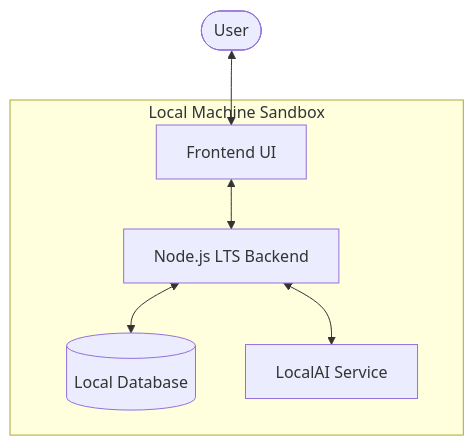
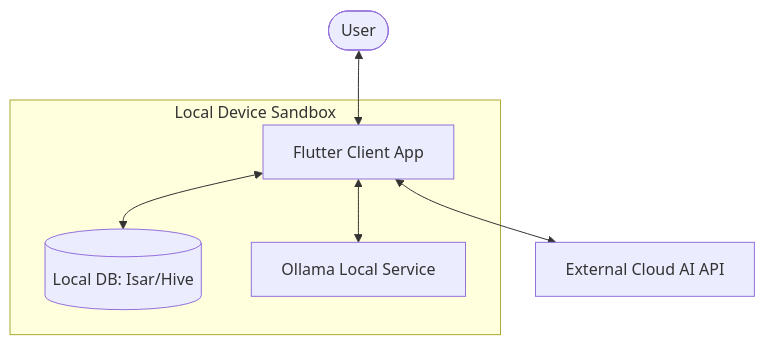
One commit to Ram-Gold/kaiwa changed the diagram in README.md. Above: the diagram before and after it, drawn with Mermaid. The commit also changed other lines of this file and 1 other file, not shown here.

Commit message:
refactor: migrate stack to Flutter and Ollama while adding support for external cloud AI APIs

````diff
--- a/README.md
+++ b/README.md
@@ -21,13 +23,12 @@
 ```mermaid
 graph TD
-    User([User]) <--> Frontend[Frontend UI]
-    Frontend <--> Backend[Node.js LTS Backend]
-    Backend <--> DB[(Local Database)]
-    Backend <--> LocalAI[LocalAI Service]
-    subgraph local_machine [Local Machine Sandbox]
-        Frontend
-        Backend
-        DB
-        LocalAI
+    User([User]) <--> FlutterApp[Flutter Client App]
+    FlutterApp <--> LocalDB[(Local DB: Isar/Hive)]
+    FlutterApp <--> Ollama[Ollama Local Service]
+    FlutterApp <--> CloudAI[External Cloud AI API]
+    subgraph local_machine [Local Device Sandbox]
+        FlutterApp
+        LocalDB
+        Ollama
     end
 ```
````
